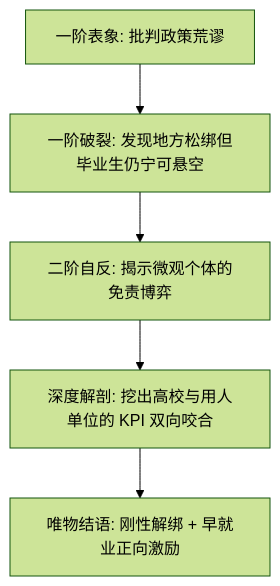
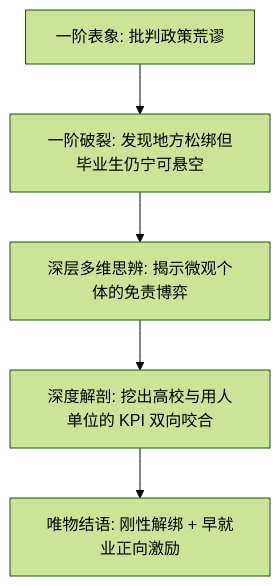
The diagram in references/style.md (1902435792/bednews), drawn with Mermaid (forest theme) before and after one commit. The commit also changed other lines of this file and 14 other files, not shown here.

````diff
--- a/references/style.md
+++ b/references/style.md
@@ -76,7 +76,7 @@
 ```mermaid
 graph TD
     A[一阶表象: 批判政策荒谬] --> B[一阶破裂: 发现地方松绑但毕业生仍宁可悬空]
-    B --> C[二阶自反: 揭示微观个体的免责博弈]
+    B --> C[深层多维思辨: 揭示微观个体的免责博弈]
     C --> D[深度解剖: 挖出高校与用人单位的 KPI 双向咬合]
     D --> E[唯物结语: 刚性解绑 + 早就业正向激励]
 ```
````
